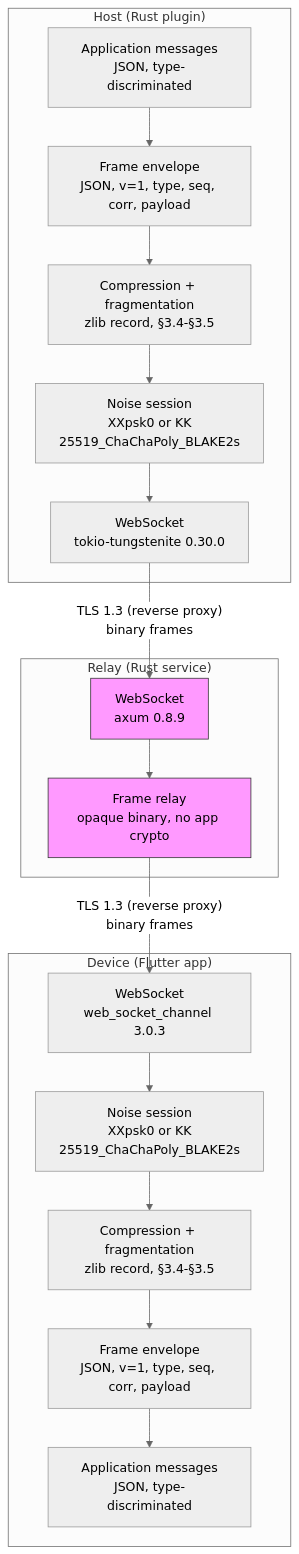
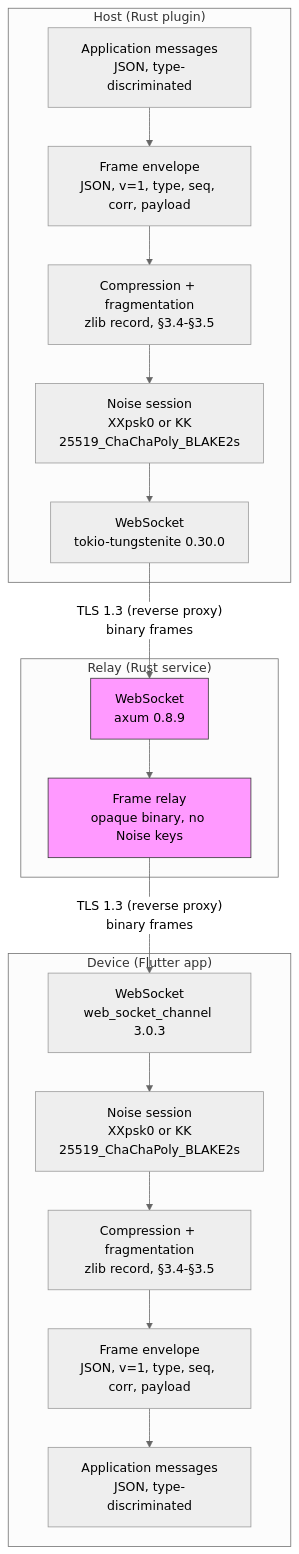
The first of 2 diagrams in docs/11-relay-protocol.md (po-trottier/herdr-mobile), drawn with Mermaid (neutral theme) before and after one commit. The commit also changed other lines of this file and 41 other files, not shown here.

````diff
--- a/docs/11-relay-protocol.md
+++ b/docs/11-relay-protocol.md
@@ -52,32 +52,32 @@
 ```mermaid
 graph TD
     subgraph "Host (Rust plugin)"
         APP1["Application messages<br/>JSON, type-discriminated"]
         ENV1["Frame envelope<br/>JSON, v=1, type, seq, corr, payload"]
         COMP1["Compression + fragmentation<br/>zlib record, §3.4-§3.5"]
         NOISE1["Noise session<br/>XXpsk0 or KK<br/>25519_ChaChaPoly_BLAKE2s"]
         WS1["WebSocket<br/>tokio-tungstenite 0.30.0"]
     end
 
     subgraph "Relay (Rust service)"
         WSH["WebSocket<br/>axum 0.8.9"]
-        RELAY["Frame relay<br/>opaque binary, no app crypto"]
+        RELAY["Frame relay<br/>opaque binary, no Noise keys"]
     end
 
     subgraph "Device (Flutter app)"
         WS2["WebSocket<br/>web_socket_channel 3.0.3"]
         NOISE2["Noise session<br/>XXpsk0 or KK<br/>25519_ChaChaPoly_BLAKE2s"]
         COMP2["Compression + fragmentation<br/>zlib record, §3.4-§3.5"]
         ENV2["Frame envelope<br/>JSON, v=1, type, seq, corr, payload"]
         APP2["Application messages<br/>JSON, type-discriminated"]
     end
 
     APP1 --> ENV1 --> COMP1 --> NOISE1 --> WS1
     WS1 -->|"TLS 1.3 (reverse proxy)<br/>binary frames"| WSH
     WSH --> RELAY
     RELAY -->|"TLS 1.3 (reverse proxy)<br/>binary frames"| WS2
     WS2 --> NOISE2 --> COMP2 --> ENV2 --> APP2
 
     style WSH fill:#f9f,stroke:#333
     style RELAY fill:#f9f,stroke:#333
 ```
````
